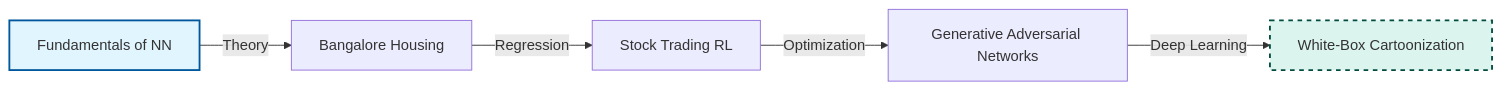
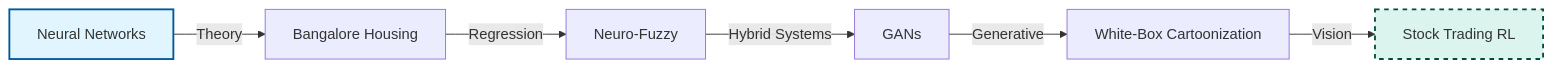
The first of 3 diagrams in README.md (Amey-Thakur/RESEARCHGATE), drawn with Mermaid before and after one commit. The commit also changed other lines of this file, not shown here.

````diff
--- a/README.md
+++ b/README.md
@@ -93,10 +91,11 @@
 ```mermaid
 graph LR
-    A[Fundamentals of NN] -->|Theory| B[Bangalore Housing]
-    B -->|Regression| C[Stock Trading RL]
-    C -->|Optimization| D[Generative Adversarial Networks]
-    D -->|Deep Learning| E[White-Box Cartoonization]
+    A[Neural Networks] -->|Theory| B[Bangalore Housing]
+    B -->|Regression| C[Neuro-Fuzzy]
+    C -->|Hybrid Systems| D[GANs]
+    D -->|Generative| E[White-Box Cartoonization]
+    E -->|Vision| F[Stock Trading RL]
     
     style A fill:#e1f5fe,stroke:#01579b,stroke-width:2px
-    style E fill:#dbf5ee,stroke:#004d40,stroke-width:2px,stroke-dasharray: 5 5
+    style F fill:#dbf5ee,stroke:#004d40,stroke-width:2px,stroke-dasharray: 5 5
 ```
````
